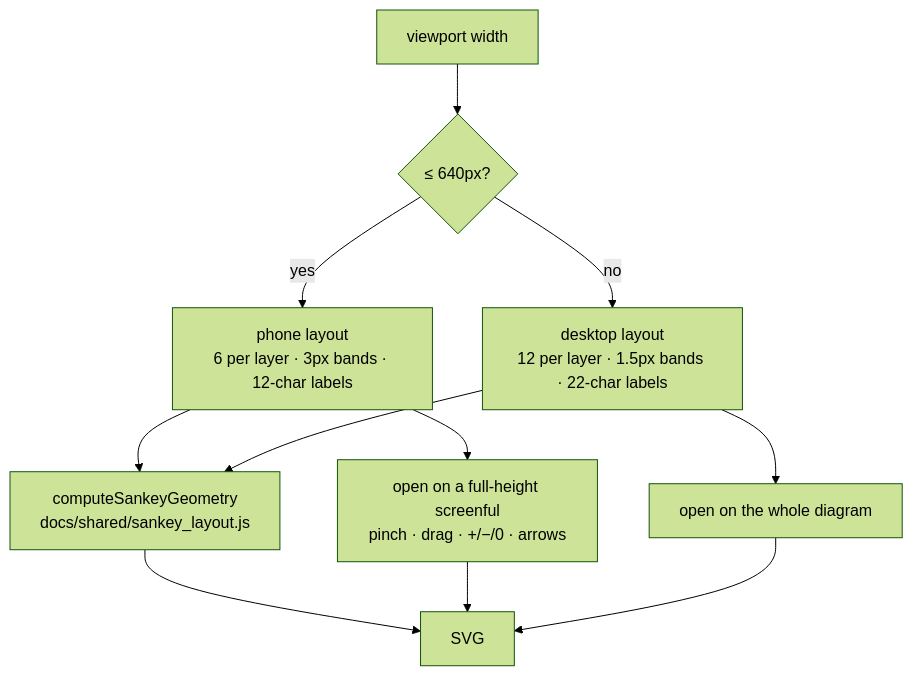
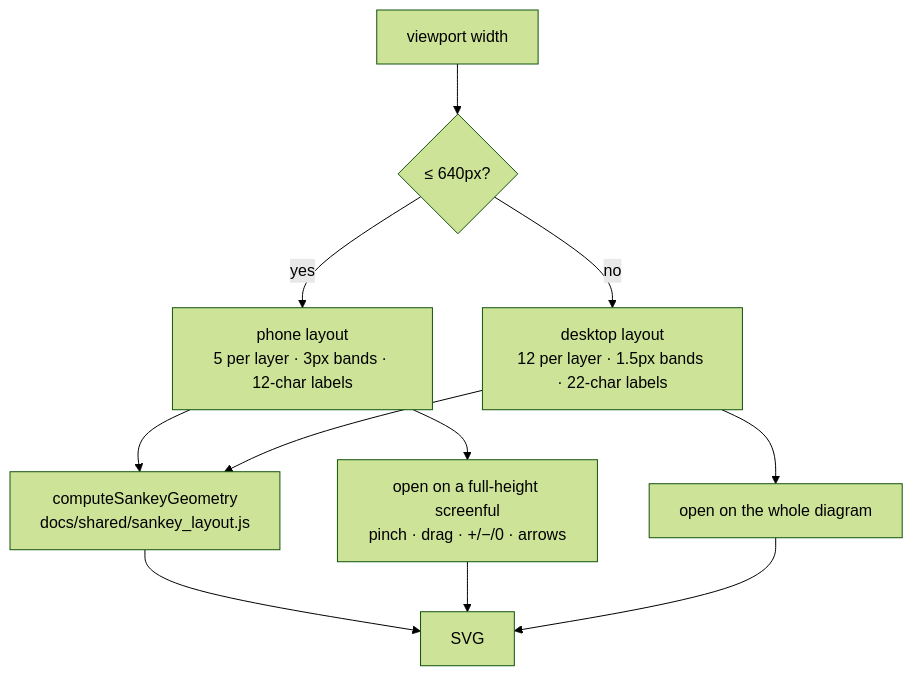
Before and after one commit to stSoftwareAU/NEAT-AI-Explore: the sixth of 14 diagrams in README.md, drawn with Mermaid (forest theme). The commit also changed other lines of this file and 8 other files, not shown here.

First line of the commit message:
bug: Sankey contribution flow renders garbled — bands balloon and overflow (Issue #552) (#558)

````diff
--- a/README.md
+++ b/README.md
@@ -502,13 +510,13 @@
 ```mermaid
 flowchart TD
     W["viewport width"] --> B{"≤ 640px?"}
-    B -->|yes| P["phone layout<br/>6 per layer · 3px bands · 12-char labels"]
+    B -->|yes| P["phone layout<br/>5 per layer · 3px bands · 12-char labels"]
     B -->|no| D["desktop layout<br/>12 per layer · 1.5px bands · 22-char labels"]
     P --> G["computeSankeyGeometry<br/>docs/shared/sankey_layout.js"]
     D --> G
     G --> S["SVG"]
     P --> Z["open on a full-height screenful<br/>pinch · drag · +/−/0 · arrows"]
     D --> F["open on the whole diagram"]
     Z --> S
     F --> S
 ```
````
